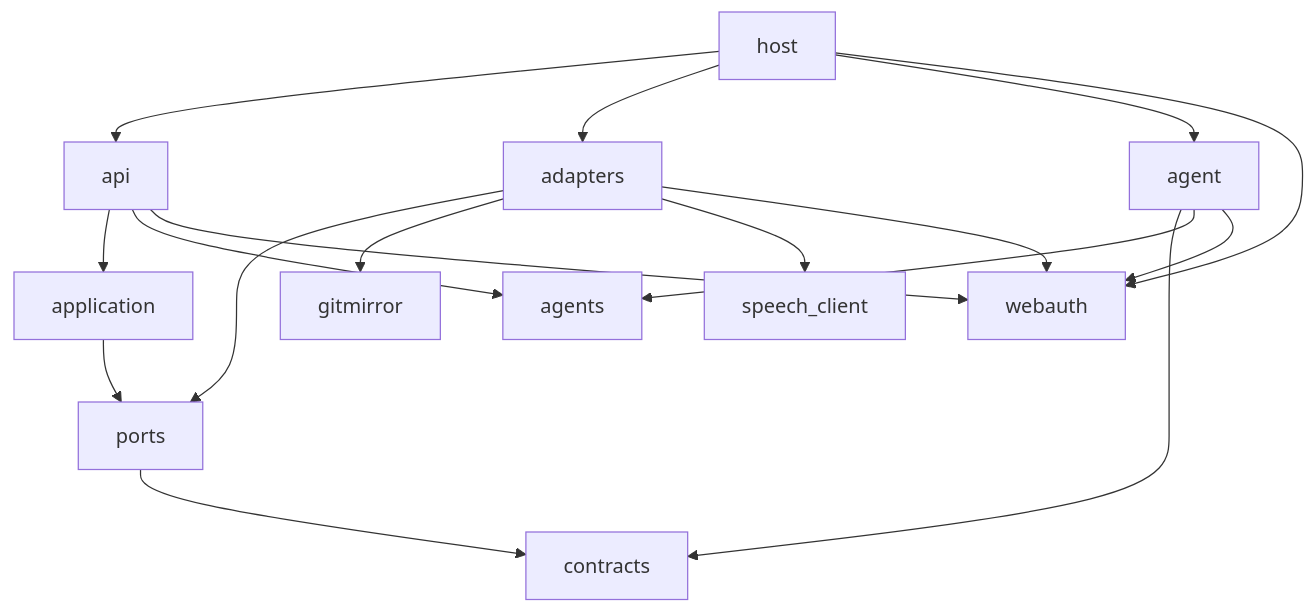
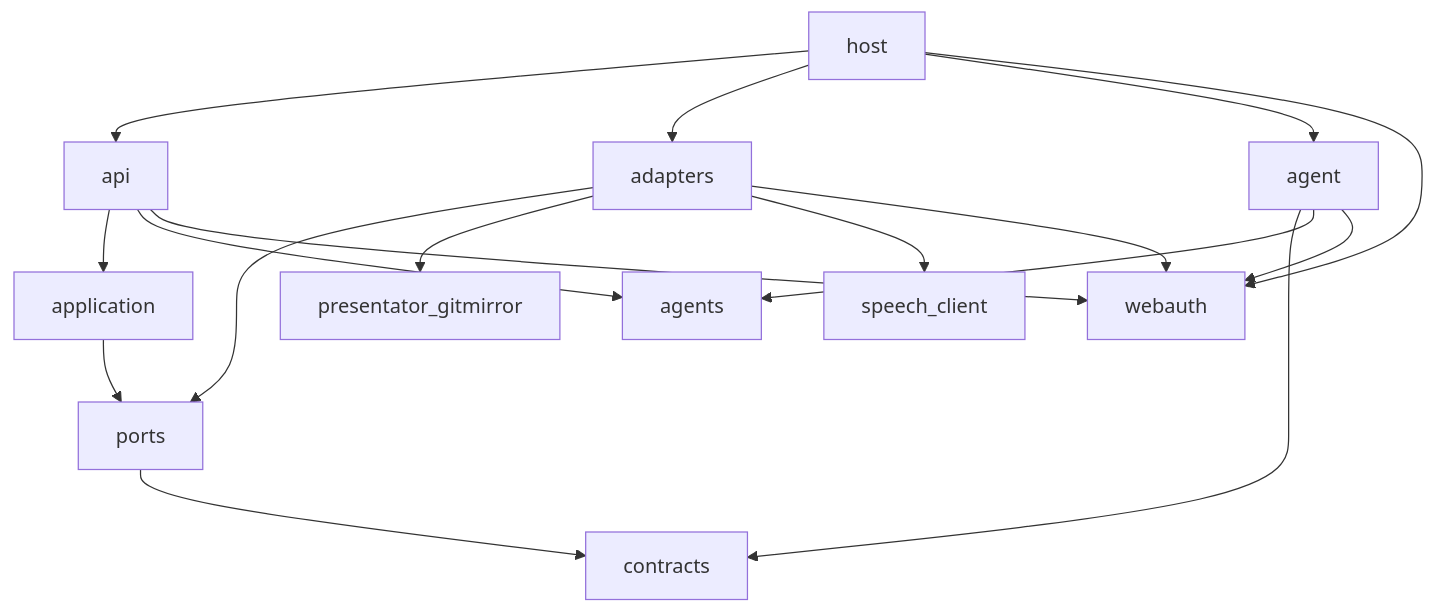
The second of 4 diagrams in docs/ARCHITECTURE.md (overnightworks/presentator), drawn with Mermaid before and after one commit. The commit also changed other lines of this file and 29 other files, not shown here.

First line of the commit message:
Rename the gitmirror package to presentator_gitmirror (#1389)

````diff
--- a/docs/ARCHITECTURE.md
+++ b/docs/ARCHITECTURE.md
@@ -26,16 +26,16 @@
 ```mermaid
 flowchart TD
     host --> api
     host --> adapters
     host --> agent
     api --> application
     api --> arc
     adapters --> ports
     agent --> contracts
     application --> ports
     ports --> contracts
-    adapters --> gitmirror
+    adapters --> presentator_gitmirror
     agent --> arc[agents]
     adapters --> src[speech_client]
     host & api & agent & adapters --> webauth
 ```
````
